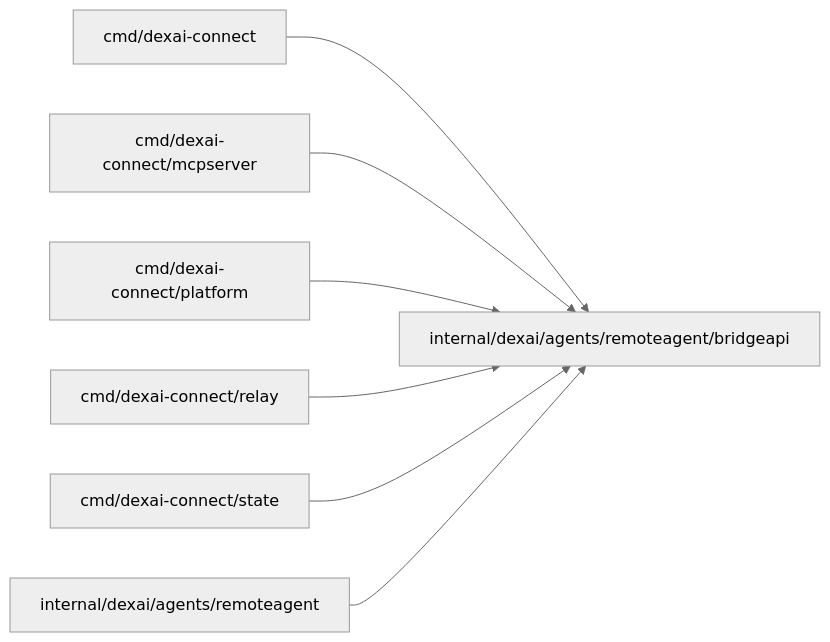
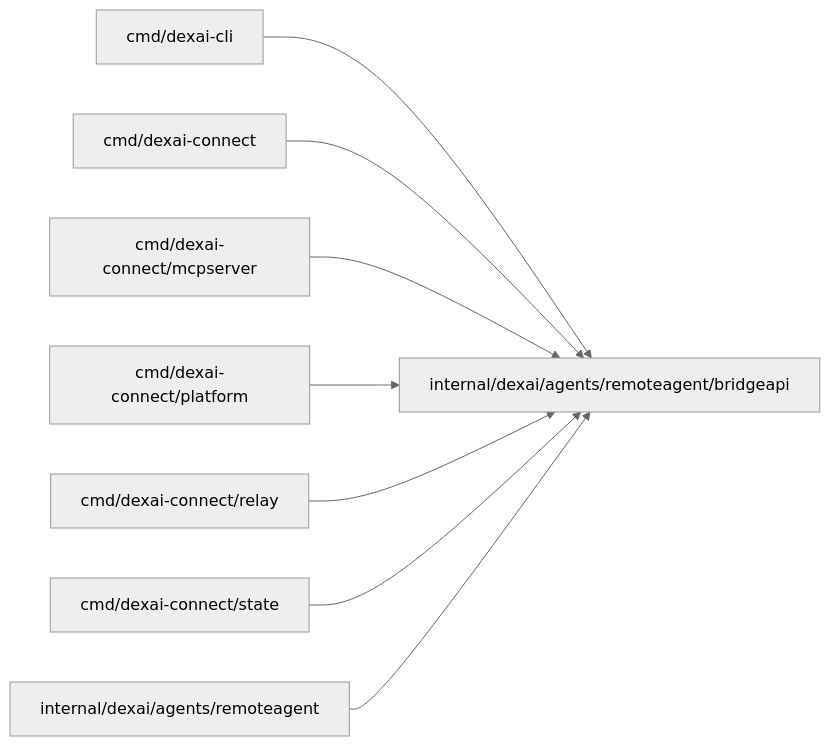
Before and after one commit to superdurable/superverse: the diagram in internal/dexai/agents/remoteagent/bridgeapi/README.md, drawn with Mermaid (neutral theme). The commit also changed other lines of this file and 14 other files, not shown here.

````diff
--- a/internal/dexai/agents/remoteagent/bridgeapi/README.md
+++ b/internal/dexai/agents/remoteagent/bridgeapi/README.md
@@ -10,10 +10,11 @@
 ```mermaid
 flowchart LR
   self["internal/dexai/agents/remoteagent/bridgeapi"]
-  c0["cmd/dexai-connect"] --> self
-  c1["cmd/dexai-connect/mcpserver"] --> self
-  c2["cmd/dexai-connect/platform"] --> self
-  c3["cmd/dexai-connect/relay"] --> self
-  c4["cmd/dexai-connect/state"] --> self
-  c5["internal/dexai/agents/remoteagent"] --> self
+  c0["cmd/dexai-cli"] --> self
+  c1["cmd/dexai-connect"] --> self
+  c2["cmd/dexai-connect/mcpserver"] --> self
+  c3["cmd/dexai-connect/platform"] --> self
+  c4["cmd/dexai-connect/relay"] --> self
+  c5["cmd/dexai-connect/state"] --> self
+  c6["internal/dexai/agents/remoteagent"] --> self
 ```
````
